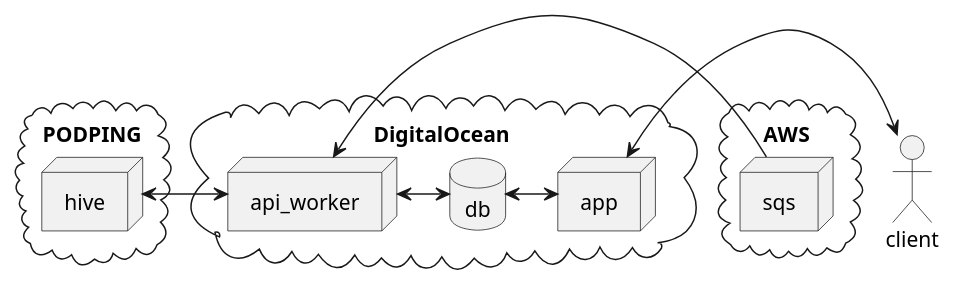
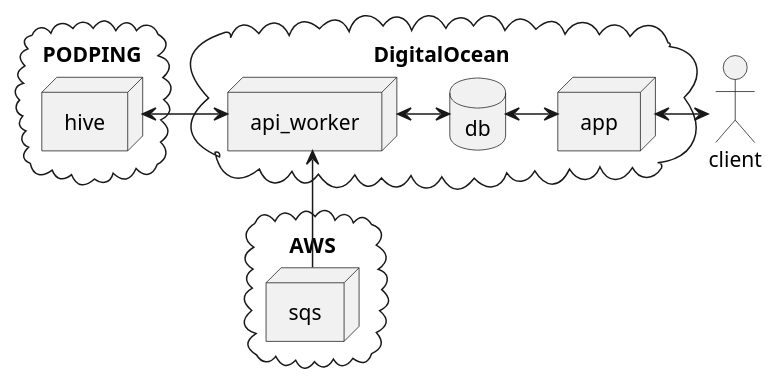
The diagram in diagrams/dataflow00.puml (podverse/podverse-ops), drawn with PlantUML before and after one commit. The commit also changed 1 other file, not shown here.

```diff
--- a/diagrams/dataflow00.puml
+++ b/diagrams/dataflow00.puml
@@ -1,28 +1,28 @@
 @startuml dataflow00
 actor client
 
 cloud [AWS] {
   node sqs
 }
 
 cloud [PODPING] {
   node hive
 }
 
 cloud [DigitalOcean] {
   
   node app
   node api_worker
 database db
 }
 
 hive <-> api_worker
 
-sqs -> api_worker
 
+api_worker <-- sqs
 api_worker <-> db
 db <-> app
 app <-> client
 
 
 @enduml
```
